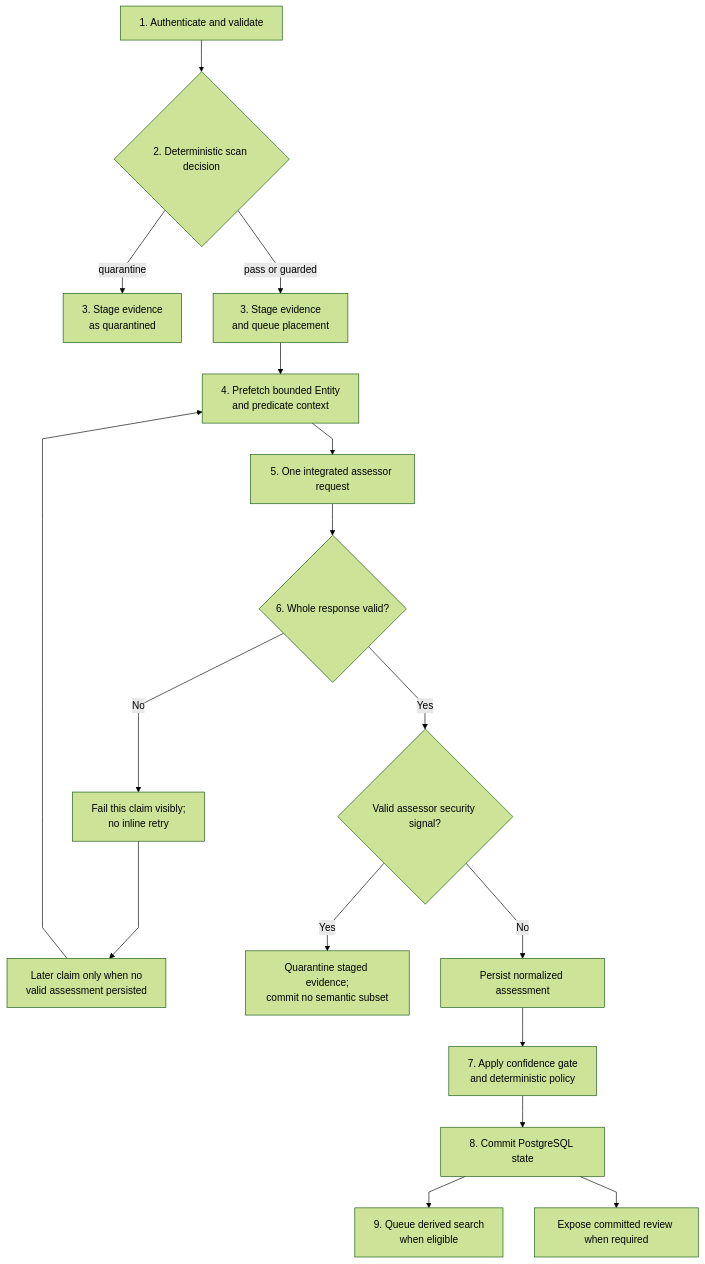
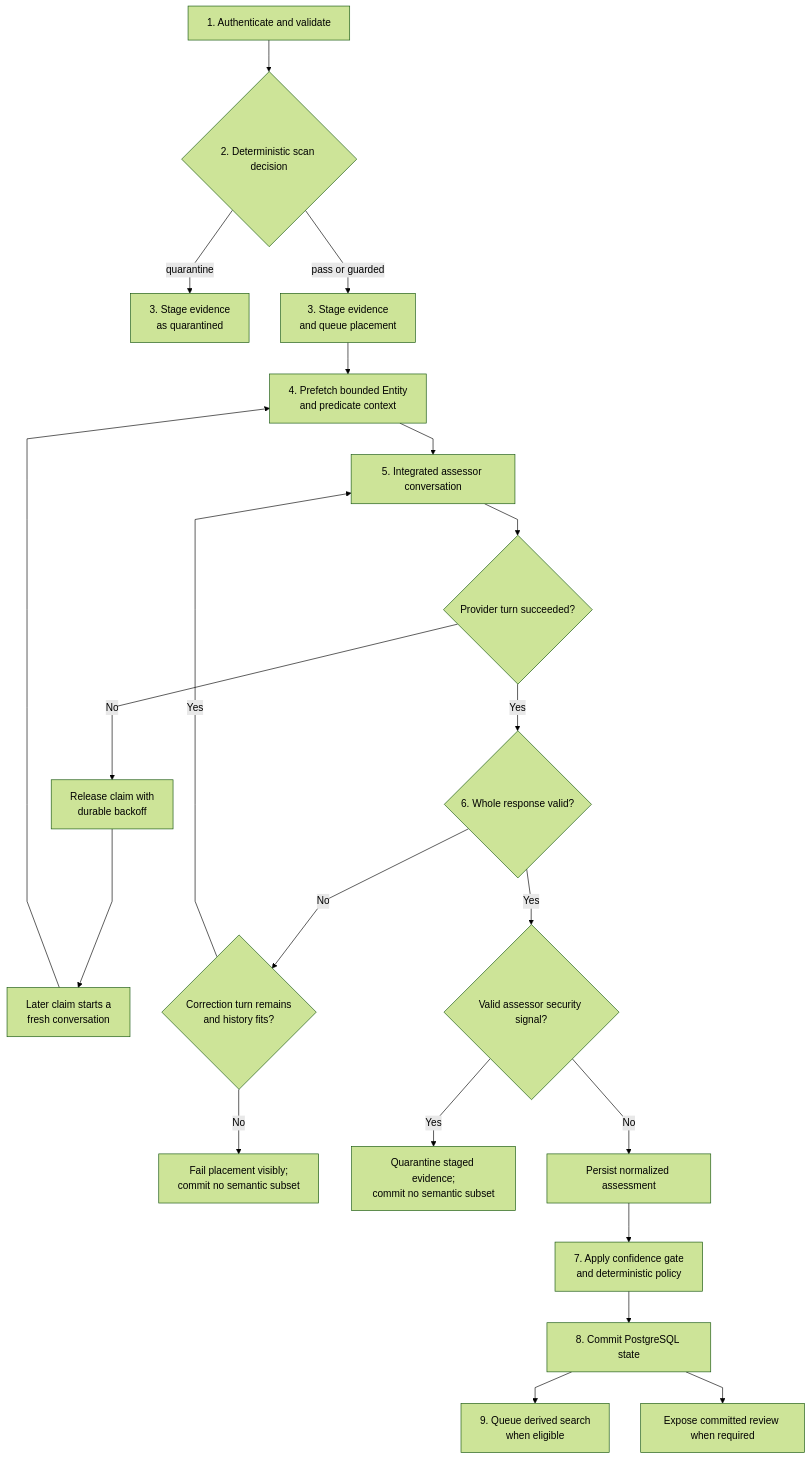
The first of 14 diagrams in Write-Pipeline.md (markhuangai/dense-mem), drawn with Mermaid (forest theme) before and after one commit. The commit also changed other lines of this file and 18 other files, not shown here.

Commit message:
docs: define assessor correction and provider retries

````diff
--- a/Write-Pipeline.md
+++ b/Write-Pipeline.md
@@ -21,20 +21,24 @@
 ```mermaid
 %%{init: {"flowchart": {"curve": "linear"}}}%%
 flowchart TD
   Request["1. Authenticate and validate"] --> Guard{"2. Deterministic scan decision"}
   Guard -- quarantine --> StageQ["3. Stage evidence<br/>as quarantined"]
   Guard -- pass or guarded --> Stage["3. Stage evidence<br/>and queue placement"]
   Stage --> Context["4. Prefetch bounded Entity<br/>and predicate context"]
-  Context --> Assess["5. One integrated assessor request"]
-  Assess --> Contract{"6. Whole response valid?"}
-  Contract -- No --> Retry["Fail this claim visibly;<br/>no inline retry"]
-  Retry --> Later["Later claim only when no<br/>valid assessment persisted"]
+  Context --> Assess["5. Integrated assessor conversation"]
+  Assess --> Provider{"Provider turn succeeded?"}
+  Provider -- No --> Retry["Release claim with<br/>durable backoff"]
+  Retry --> Later["Later claim starts a<br/>fresh conversation"]
   Later --> Context
+  Provider -- Yes --> Contract{"6. Whole response valid?"}
+  Contract -- No --> Correct{"Correction turn remains<br/>and history fits?"}
+  Correct -- Yes --> Assess
+  Correct -- No --> Fail["Fail placement visibly;<br/>commit no semantic subset"]
   Contract -- Yes --> Signal{"Valid assessor security signal?"}
   Signal -- Yes --> Q["Quarantine staged evidence;<br/>commit no semantic subset"]
   Signal -- No --> Persist["Persist normalized assessment"]
   Persist --> Decide["7. Apply confidence gate<br/>and deterministic policy"]
   Decide --> Commit["8. Commit PostgreSQL state"]
   Commit --> Search["9. Queue derived search<br/>when eligible"]
   Commit --> Review["Expose committed review when required"]
 ```
````
